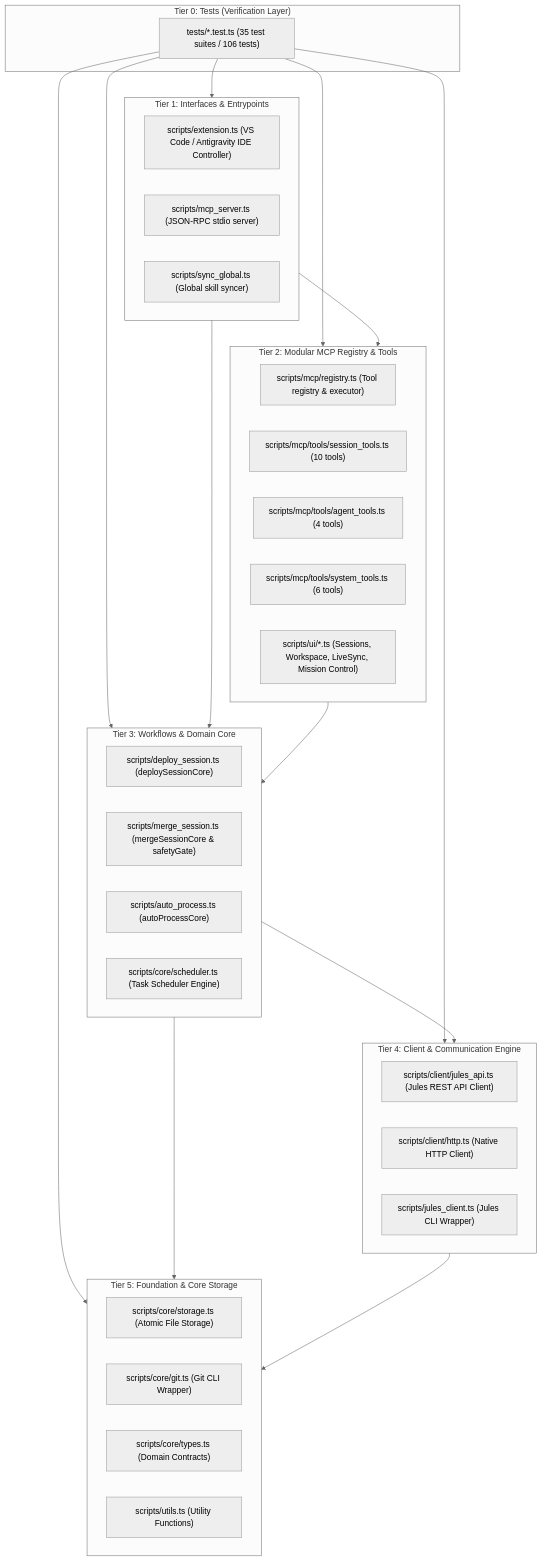
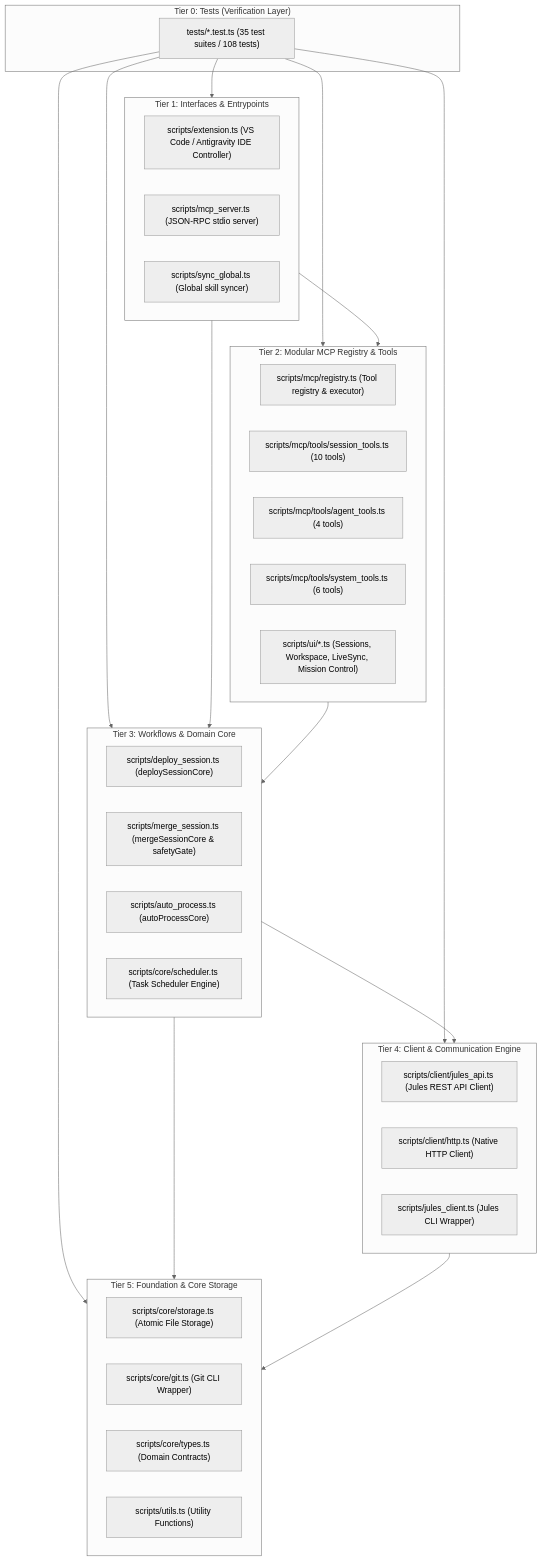
The diagram in docs/codebase-architecture-map.md (rivadmorin/Jules-Companion), drawn with Mermaid (neutral theme) before and after one commit. The commit also changed other lines of this file and 6 other files, not shown here.

Commit message:
docs: synchronize architecture docs and VSIX version to v1.0.1 (108 tests passing)

````diff
--- a/docs/codebase-architecture-map.md
+++ b/docs/codebase-architecture-map.md
@@ -31,53 +31,53 @@
 ```mermaid
 graph TD
     subgraph Tier_0 ["Tier 0: Tests (Verification Layer)"]
-        T["tests/*.test.ts (35 test suites / 106 tests)"]
+        T["tests/*.test.ts (35 test suites / 108 tests)"]
     end
 
     subgraph Tier_1 ["Tier 1: Interfaces & Entrypoints"]
         EXT["scripts/extension.ts (VS Code / Antigravity IDE Controller)"]
         MCP["scripts/mcp_server.ts (JSON-RPC stdio server)"]
         SYNC["scripts/sync_global.ts (Global skill syncer)"]
     end
 
     subgraph Tier_2 ["Tier 2: Modular MCP Registry & Tools"]
         REG["scripts/mcp/registry.ts (Tool registry & executor)"]
         SESS_TOOLS["scripts/mcp/tools/session_tools.ts (10 tools)"]
         AGENT_TOOLS["scripts/mcp/tools/agent_tools.ts (4 tools)"]
         SYS_TOOLS["scripts/mcp/tools/system_tools.ts (6 tools)"]
         UI_PROV["scripts/ui/*.ts (Sessions, Workspace, LiveSync, Mission Control)"]
     end
 
     subgraph Tier_3 ["Tier 3: Workflows & Domain Core"]
         DEPLOY["scripts/deploy_session.ts (deploySessionCore)"]
         MERGE["scripts/merge_session.ts (mergeSessionCore & safetyGate)"]
         AUTO["scripts/auto_process.ts (autoProcessCore)"]
         SCHED["scripts/core/scheduler.ts (Task Scheduler Engine)"]
     end
 
     subgraph Tier_4 ["Tier 4: Client & Communication Engine"]
         API["scripts/client/jules_api.ts (Jules REST API Client)"]
         HTTP["scripts/client/http.ts (Native HTTP Client)"]
         CLI["scripts/jules_client.ts (Jules CLI Wrapper)"]
     end
 
     subgraph Tier_5 ["Tier 5: Foundation & Core Storage"]
         STORAGE["scripts/core/storage.ts (Atomic File Storage)"]
         GIT["scripts/core/git.ts (Git CLI Wrapper)"]
         TYPES["scripts/core/types.ts (Domain Contracts)"]
         UTILS["scripts/utils.ts (Utility Functions)"]
     end
 
     T --> Tier_1
     T --> Tier_2
     T --> Tier_3
     T --> Tier_4
     T --> Tier_5
 
     Tier_1 --> Tier_2
     Tier_1 --> Tier_3
     Tier_2 --> Tier_3
     Tier_3 --> Tier_4
     Tier_3 --> Tier_5
     Tier_4 --> Tier_5
 ```
````
